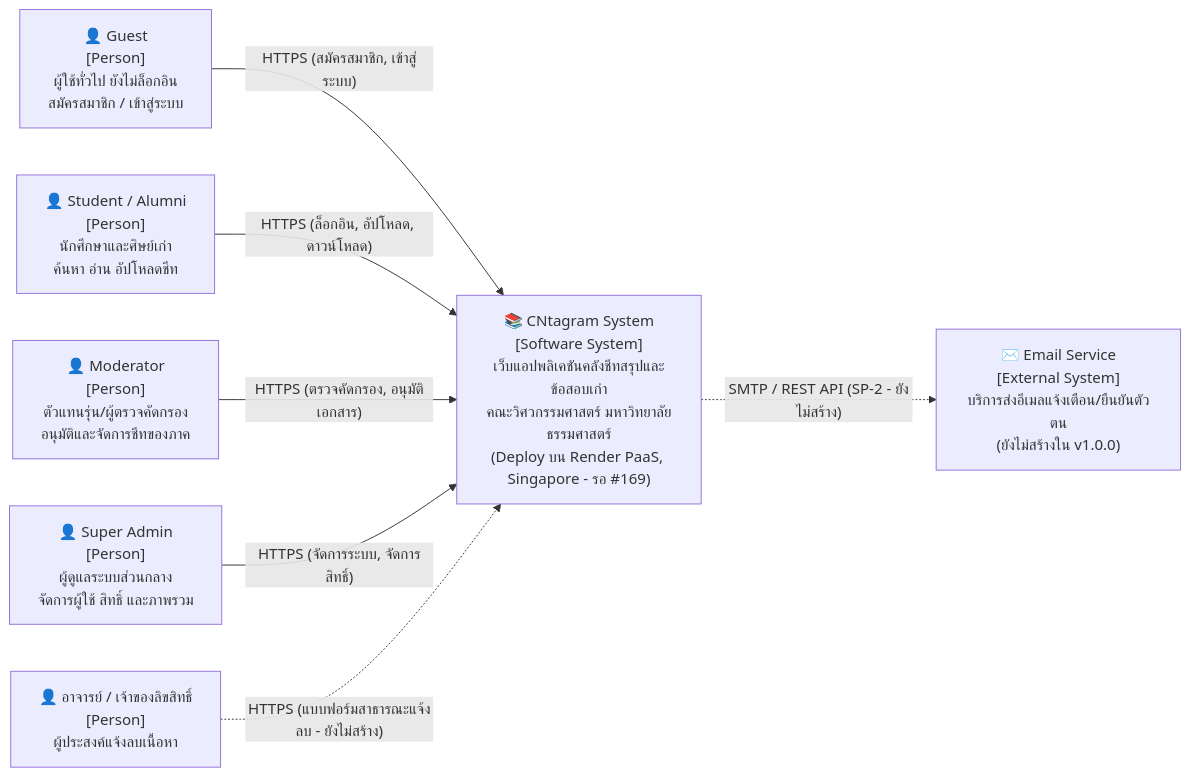
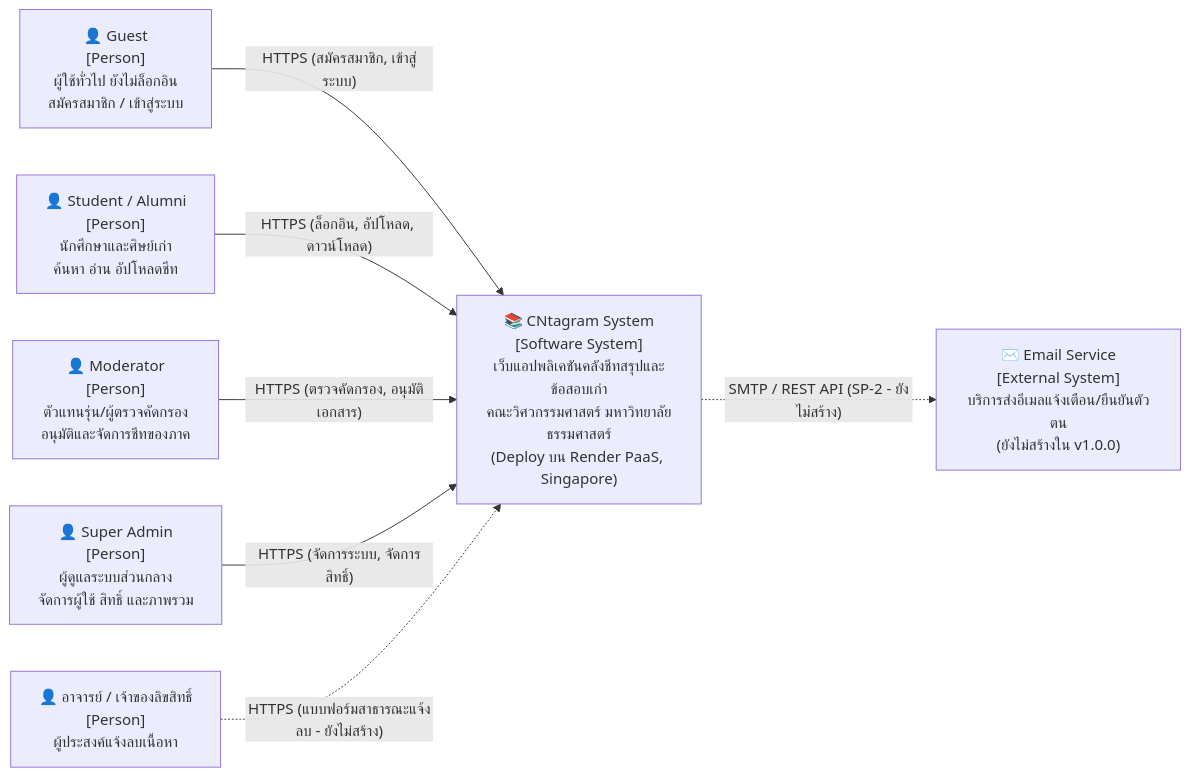
The first of 2 diagrams in _docs/architecture/c4.md (Jupiter4428/cntagram), drawn with Mermaid before and after one commit. The commit also changed other lines of this file, not shown here.

First line of the commit message:
docs(c4): drop stale PR #169 notes after deploy merged (Refs #140)

````diff
--- a/_docs/architecture/c4.md
+++ b/_docs/architecture/c4.md
@@ -12,19 +12,19 @@
 ```mermaid
 flowchart LR
     G["👤 Guest<br/>[Person]<br/>ผู้ใช้ทั่วไป ยังไม่ล็อกอิน<br/>สมัครสมาชิก / เข้าสู่ระบบ"]
     S["👤 Student / Alumni<br/>[Person]<br/>นักศึกษาและศิษย์เก่า<br/>ค้นหา อ่าน อัปโหลดชีท"]
     M["👤 Moderator<br/>[Person]<br/>ตัวแทนรุ่น/ผู้ตรวจคัดกรอง<br/>อนุมัติและจัดการชีทของภาค"]
     A["👤 Super Admin<br/>[Person]<br/>ผู้ดูแลระบบส่วนกลาง<br/>จัดการผู้ใช้ สิทธิ์ และภาพรวม"]
     C["👤 อาจารย์ / เจ้าของลิขสิทธิ์<br/>[Person]<br/>ผู้ประสงค์แจ้งลบเนื้อหา"]
 
-    SYS["📚 CNtagram System<br/>[Software System]<br/>เว็บแอปพลิเคชันคลังชีทสรุปและข้อสอบเก่า<br/>คณะวิศวกรรมศาสตร์ มหาวิทยาลัยธรรมศาสตร์<br/>(Deploy บน Render PaaS, Singapore - รอ #169)"]
+    SYS["📚 CNtagram System<br/>[Software System]<br/>เว็บแอปพลิเคชันคลังชีทสรุปและข้อสอบเก่า<br/>คณะวิศวกรรมศาสตร์ มหาวิทยาลัยธรรมศาสตร์<br/>(Deploy บน Render PaaS, Singapore)"]
 
     MAIL["✉️ Email Service<br/>[External System]<br/>บริการส่งอีเมลแจ้งเตือน/ยืนยันตัวตน<br/>(ยังไม่สร้างใน v1.0.0)"]
 
     G -- "HTTPS (สมัครสมาชิก, เข้าสู่ระบบ)" --> SYS
     S -- "HTTPS (ล็อกอิน, อัปโหลด, ดาวน์โหลด)" --> SYS
     M -- "HTTPS (ตรวจคัดกรอง, อนุมัติเอกสาร)" --> SYS
     A -- "HTTPS (จัดการระบบ, จัดการสิทธิ์)" --> SYS
     C -. "HTTPS (แบบฟอร์มสาธารณะแจ้งลบ - ยังไม่สร้าง)" .-> SYS
     SYS -. "SMTP / REST API (SP-2 - ยังไม่สร้าง)" .-> MAIL
 ```
````
